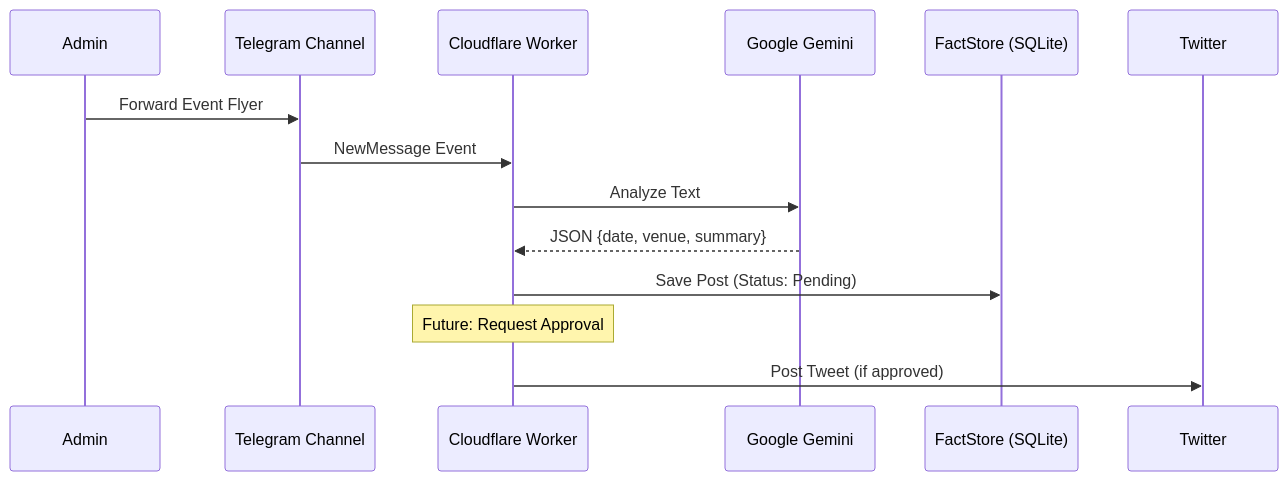
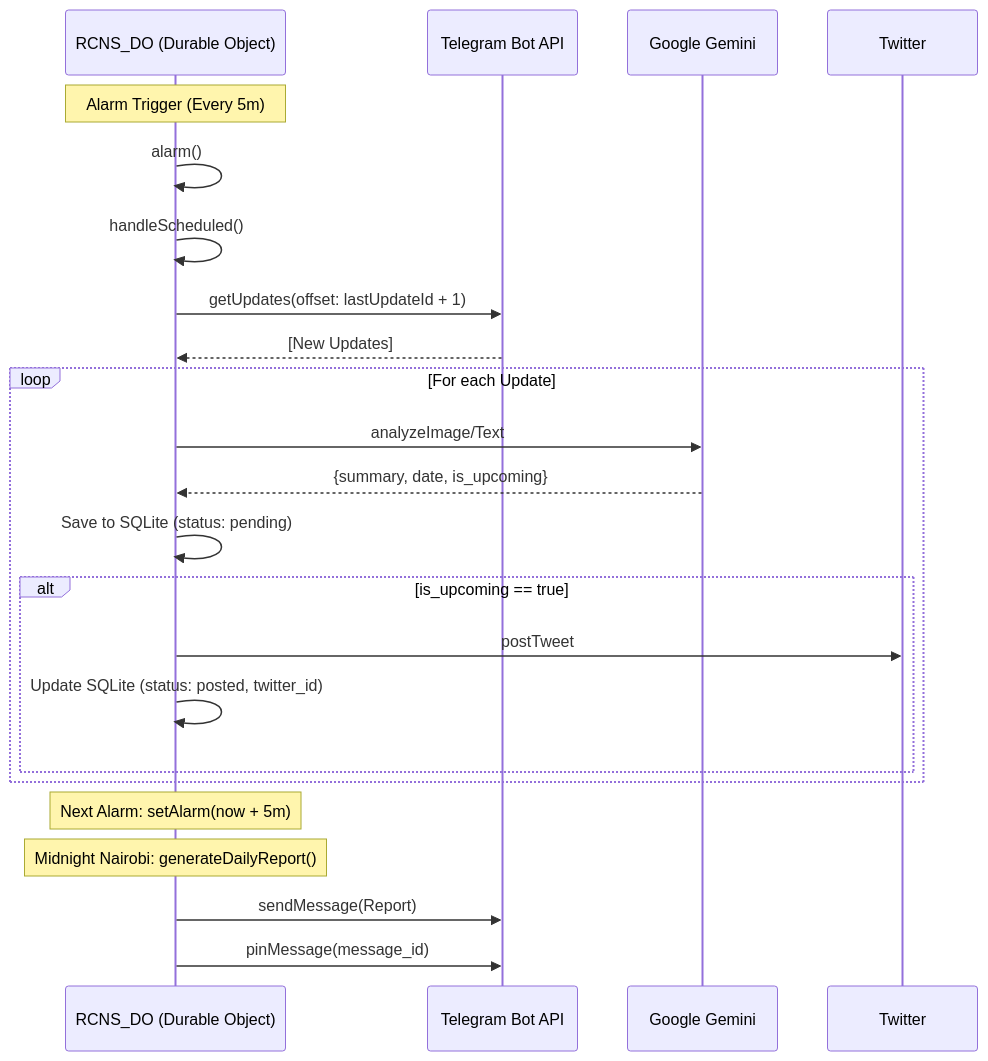
One commit to criticalinsight/rcns changed the diagram in WORKFLOW.md. Above: the diagram before and after it, drawn with Mermaid. The commit also changed other lines of this file and 32 other files, not shown here.

````diff
--- a/WORKFLOW.md
+++ b/WORKFLOW.md
@@ -43,19 +44,29 @@
 ```mermaid
 sequenceDiagram
-    participant Admin
-    participant Telegram as Telegram Channel
-    participant Worker as Cloudflare Worker
+    participant DO as RCNS_DO (Durable Object)
+    participant Telegram as Telegram Bot API
     participant Gemini as Google Gemini
-    participant Store as FactStore (SQLite)
     participant Twitter
+    
+    Note over DO: Alarm Trigger (Every 5m)
+    DO->>DO: alarm()
+    DO->>DO: handleScheduled()
+    DO->>Telegram: getUpdates(offset: lastUpdateId + 1)
+    Telegram-->>DO: [New Updates]
+    
+    loop For each Update
+        DO->>Gemini: analyzeImage/Text
+        Gemini-->>DO: {summary, date, is_upcoming}
+        DO->>DO: Save to SQLite (status: pending)
+        alt is_upcoming == true
+            DO->>Twitter: postTweet
+            DO->>DO: Update SQLite (status: posted, twitter_id)
+        end
+    end
 
-    Admin->>Telegram: Forward Event Flyer
-    Telegram->>Worker: NewMessage Event
-    Worker->>Gemini: Analyze Text
-    Gemini-->>Worker: JSON {date, venue, summary}
-    Worker->>Store: Save Post (Status: Pending)
-    
-    Note over Worker: Future: Request Approval
-    
-    Worker->>Twitter: Post Tweet (if approved)
+    Note over DO: Next Alarm: setAlarm(now + 5m)
+
+    Note over DO: Midnight Nairobi: generateDailyReport()
+    DO->>Telegram: sendMessage(Report)
+    DO->>Telegram: pinMessage(message_id)
 ```
````
